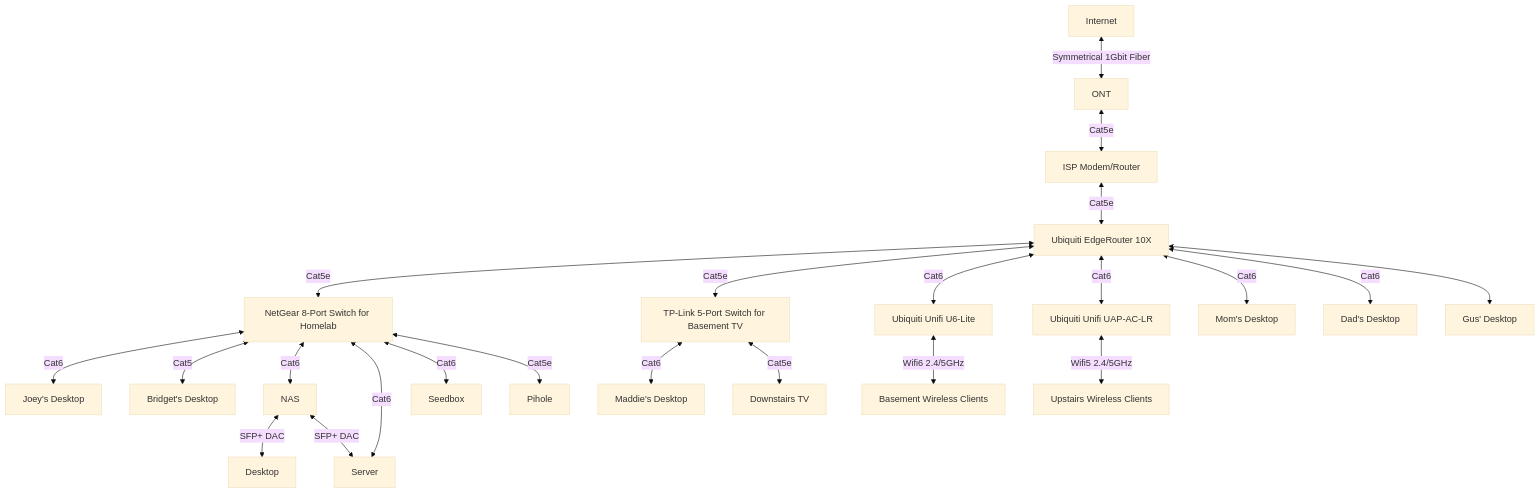
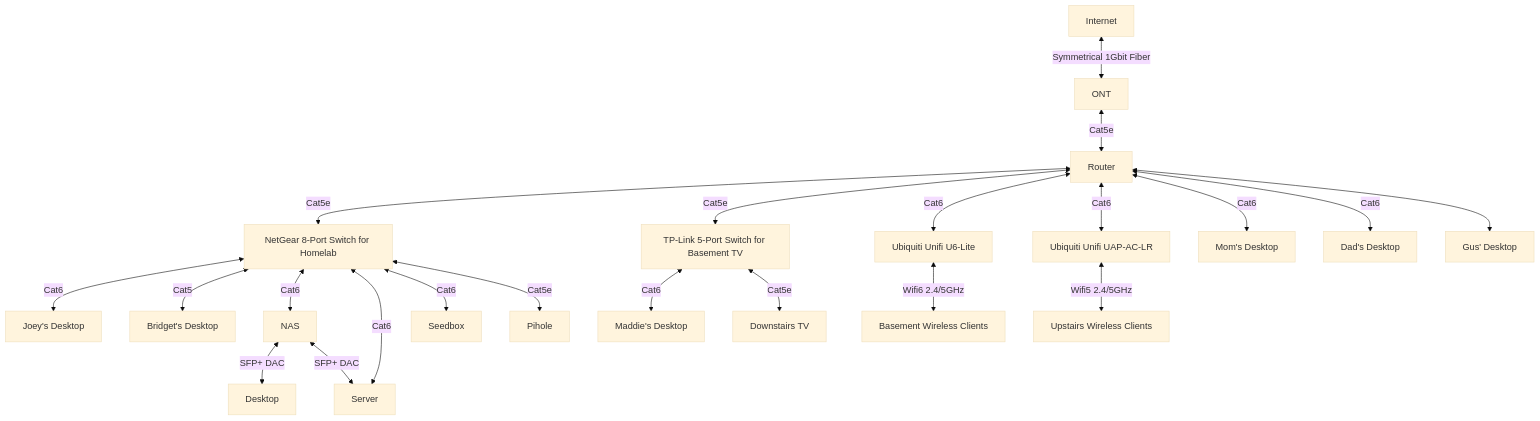
One commit to Jafner/Jafner.net changed the diagram in homelab/docs/Physical Network Diagram.md. Above: the diagram before and after it, drawn with Mermaid (base theme).

Commit message:
Update upstream network diagram

````diff
--- a/homelab/docs/Physical Network Diagram.md
+++ b/homelab/docs/Physical Network Diagram.md
@@ -2,25 +2,24 @@
 ```mermaid
 flowchart TD;
 	Internet<--Symmetrical 1Gbit Fiber-->ONT;
-		ONT<--Cat5e-->Modem[ISP Modem/Router];
-			Modem<--Cat5e-->Router[Ubiquiti EdgeRouter 10X];
-				Router<--Cat5e-->switch_homelab[NetGear 8-Port Switch for Homelab];
-					switch_homelab<--Cat6-->desktop_joey[Joey's Desktop];
-					switch_homelab<--Cat5-->desktop_bridget[Bridget's Desktop];
-					switch_homelab<--Cat6-->NAS;
-						NAS<--SFP+ DAC-->Desktop;
-						NAS<--SFP+ DAC-->Server;
-					switch_homelab<--Cat6-->Server;
-					switch_homelab<--Cat6-->Seedbox;
-					switch_homelab<--Cat5e-->Pihole;
-				Router<--Cat5e-->switch_basementtv[TP-Link 5-Port Switch for Basement TV];
-					switch_basementtv<--Cat6-->desktop_maddie[Maddie's Desktop];
-					switch_basementtv<--Cat5e-->client_tv_downstairs[Downstairs TV];
-				Router<--Cat6-->wap_basement[Ubiquiti Unifi U6-Lite];
-					wap_basement<--Wifi6 2.4/5GHz-->clients_wireless_basement[Basement Wireless Clients];
-				Router<--Cat6-->wap_upstairs[Ubiquiti Unifi UAP-AC-LR];
-					wap_upstairs<--Wifi5 2.4/5GHz-->clients_wireless_upstairs[Upstairs Wireless Clients];
-				Router<--Cat6-->desktop_mom[Mom's Desktop];
-				Router<--Cat6-->desktop_dad[Dad's Desktop];
-				Router<-->desktop_gus[Gus' Desktop];	
+		ONT<--Cat5e-->Router;
+			Router<--Cat5e-->switch_homelab[NetGear 8-Port Switch for Homelab];
+				switch_homelab<--Cat6-->desktop_joey[Joey's Desktop];
+				switch_homelab<--Cat5-->desktop_bridget[Bridget's Desktop];
+				switch_homelab<--Cat6-->NAS;
+					NAS<--SFP+ DAC-->Desktop;
+					NAS<--SFP+ DAC-->Server;
+				switch_homelab<--Cat6-->Server;
+				switch_homelab<--Cat6-->Seedbox;
+				switch_homelab<--Cat5e-->Pihole;
+			Router<--Cat5e-->switch_basementtv[TP-Link 5-Port Switch for Basement TV];
+				switch_basementtv<--Cat6-->desktop_maddie[Maddie's Desktop];
+				switch_basementtv<--Cat5e-->client_tv_downstairs[Downstairs TV];
+			Router<--Cat6-->wap_basement[Ubiquiti Unifi U6-Lite];
+				wap_basement<--Wifi6 2.4/5GHz-->clients_wireless_basement[Basement Wireless Clients];
+			Router<--Cat6-->wap_upstairs[Ubiquiti Unifi UAP-AC-LR];
+				wap_upstairs<--Wifi5 2.4/5GHz-->clients_wireless_upstairs[Upstairs Wireless Clients];
+			Router<--Cat6-->desktop_mom[Mom's Desktop];
+			Router<--Cat6-->desktop_dad[Dad's Desktop];
+			Router<-->desktop_gus[Gus' Desktop];	
 ```
````
